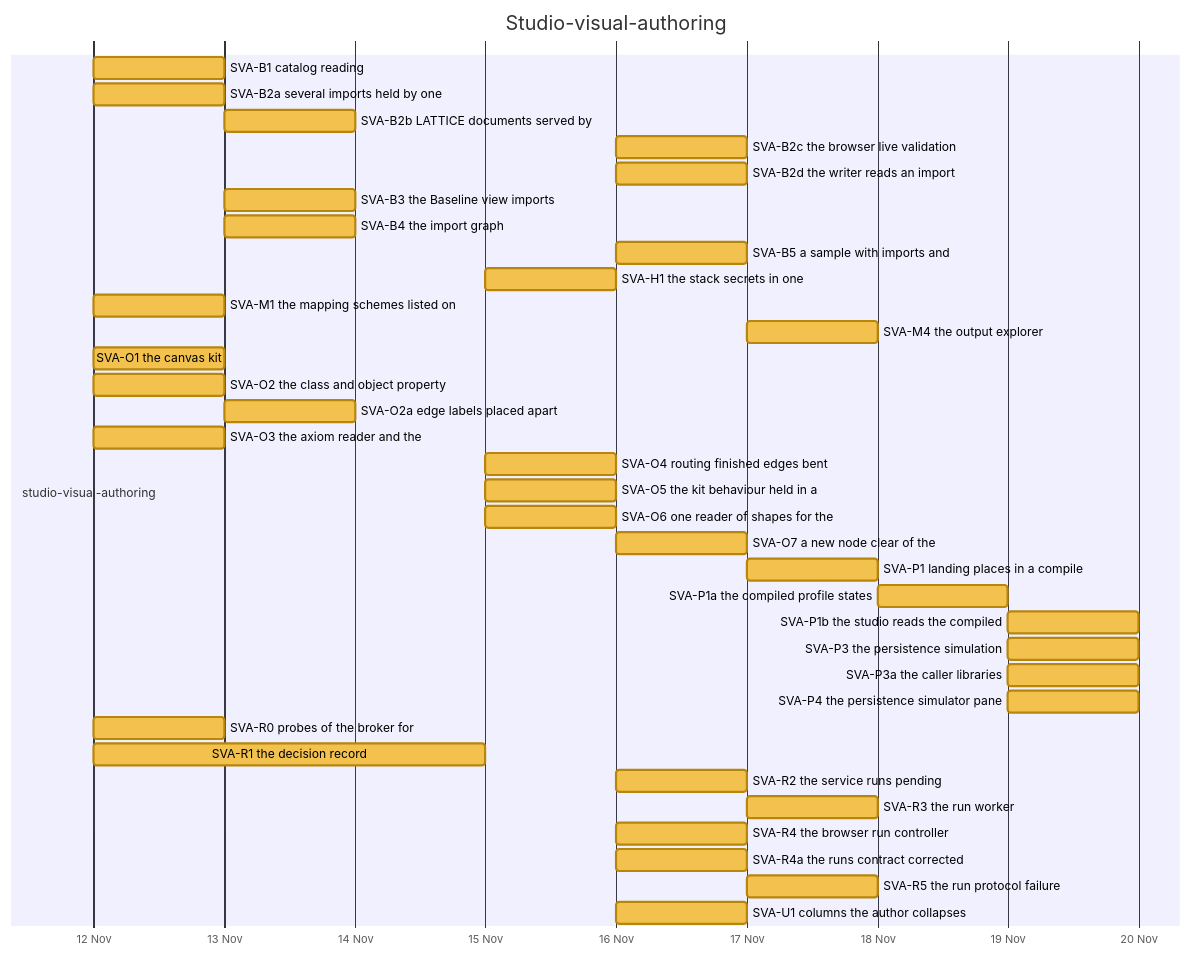
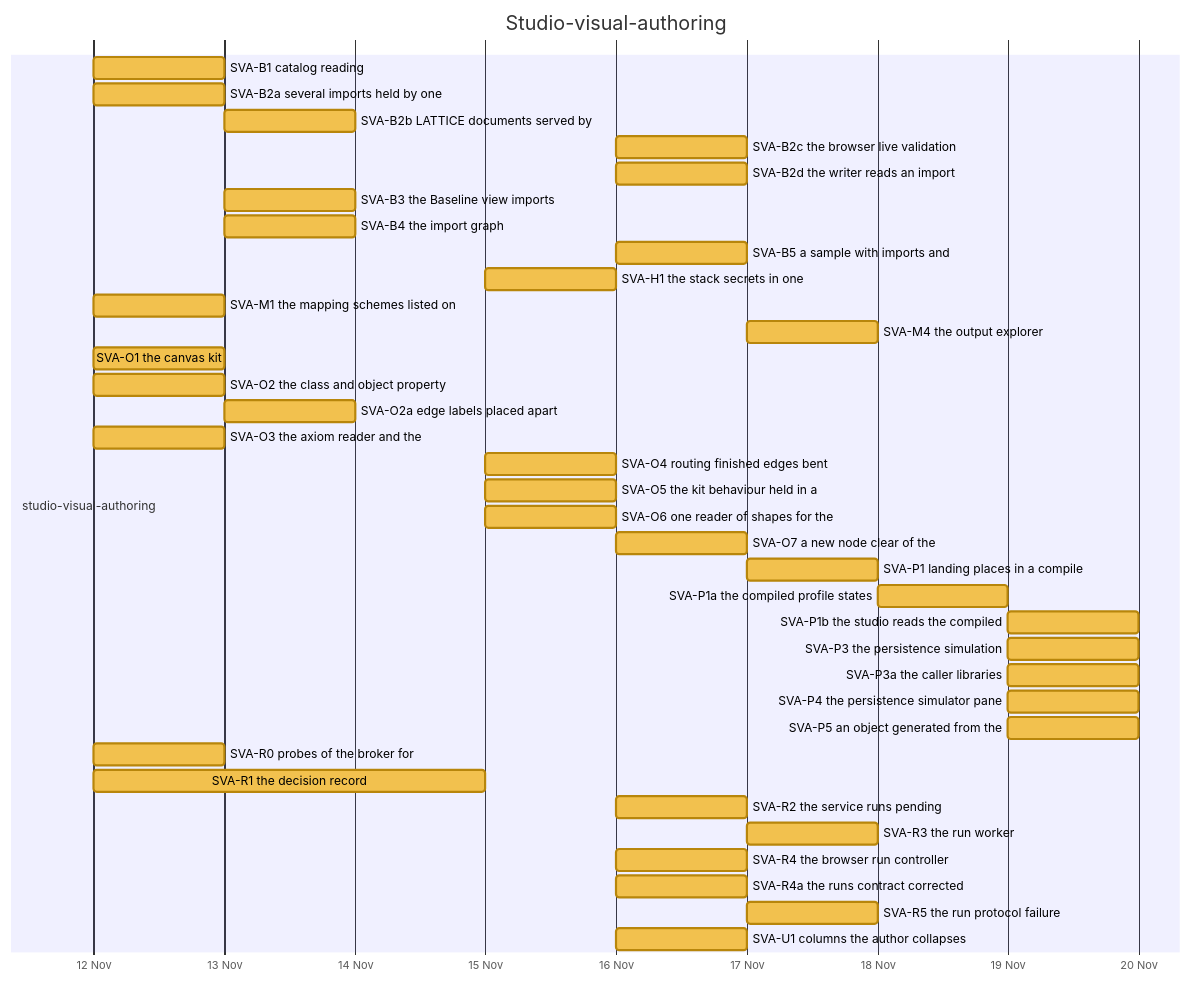
Before and after one commit to nebularis/lattice: diagram 16 of 32 in docs/developer/ROADMAP.md, drawn with Mermaid. The commit also changed other lines of this file, not shown here.

First line of the commit message:
[studio-visual-authoring] Refresh the roadmap's generated sections after SVA-P5

````diff
--- a/docs/developer/ROADMAP.md
+++ b/docs/developer/ROADMAP.md
@@ -479,41 +479,42 @@
 ```mermaid
 %%{init: {"themeVariables": {"taskBkgColor": "#f2c14e", "taskBorderColor": "#b8860b", "taskTextColor": "#000000", "activeTaskBkgColor": "#4e9af1", "activeTaskBorderColor": "#1f5fbf", "activeTaskBorderColor": "#1f5fbf", "doneTaskBkgColor": "#8fcf8f", "doneTaskBorderColor": "#2f7d32", "critBkgColor": "#f28b82", "critBorderColor": "#b23a30", "taskTextDarkColor": "#000000", "taskTextLightColor": "#000000"}}}%%
 gantt
     title Studio-visual-authoring
     dateFormat YYYY-MM-DD
     axisFormat %d %b
     section studio-visual-authoring
     SVA-B1 catalog reading :svab1, 2026-11-12, 2026-11-13
     SVA-B2a several imports held by one :svab2a, 2026-11-12, 2026-11-13
     SVA-B2b LATTICE documents served by :svab2b, 2026-11-13, 2026-11-14
     SVA-B2c the browser live validation :svab2c, 2026-11-16, 2026-11-17
     SVA-B2d the writer reads an import :svab2d, 2026-11-16, 2026-11-17
     SVA-B3 the Baseline view imports :svab3, 2026-11-13, 2026-11-14
     SVA-B4 the import graph :svab4, 2026-11-13, 2026-11-14
     SVA-B5 a sample with imports and :svab5, 2026-11-16, 2026-11-17
     SVA-H1 the stack secrets in one :svah1, 2026-11-15, 2026-11-16
     SVA-M1 the mapping schemes listed on :svam1, 2026-11-12, 2026-11-13
     SVA-M4 the output explorer :svam4, 2026-11-17, 2026-11-18
     SVA-O1 the canvas kit :svao1, 2026-11-12, 2026-11-13
     SVA-O2 the class and object property :svao2, 2026-11-12, 2026-11-13
     SVA-O2a edge labels placed apart :svao2a, 2026-11-13, 2026-11-14
     SVA-O3 the axiom reader and the :svao3, 2026-11-12, 2026-11-13
     SVA-O4 routing finished edges bent :svao4, 2026-11-15, 2026-11-16
     SVA-O5 the kit behaviour held in a :svao5, 2026-11-15, 2026-11-16
     SVA-O6 one reader of shapes for the :svao6, 2026-11-15, 2026-11-16
     SVA-O7 a new node clear of the :svao7, 2026-11-16, 2026-11-17
     SVA-P1 landing places in a compile :svap1, 2026-11-17, 2026-11-18
     SVA-P1a the compiled profile states :svap1a, 2026-11-18, 2026-11-19
     SVA-P1b the studio reads the compiled :svap1b, 2026-11-19, 2026-11-20
     SVA-P3 the persistence simulation :svap3, 2026-11-19, 2026-11-20
     SVA-P3a the caller libraries :svap3a, 2026-11-19, 2026-11-20
     SVA-P4 the persistence simulator pane :svap4, 2026-11-19, 2026-11-20
+    SVA-P5 an object generated from the :svap5, 2026-11-19, 2026-11-20
     SVA-R0 probes of the broker for :svar0, 2026-11-12, 2026-11-13
     SVA-R1 the decision record :svar1, 2026-11-12, 2026-11-15
     SVA-R2 the service runs pending :svar2, 2026-11-16, 2026-11-17
     SVA-R3 the run worker :svar3, 2026-11-17, 2026-11-18
     SVA-R4 the browser run controller :svar4, 2026-11-16, 2026-11-17
     SVA-R4a the runs contract corrected :svar4a, 2026-11-16, 2026-11-17
     SVA-R5 the run protocol failure :svar5, 2026-11-17, 2026-11-18
     SVA-U1 columns the author collapses :svau1, 2026-11-16, 2026-11-17
 ```
````
